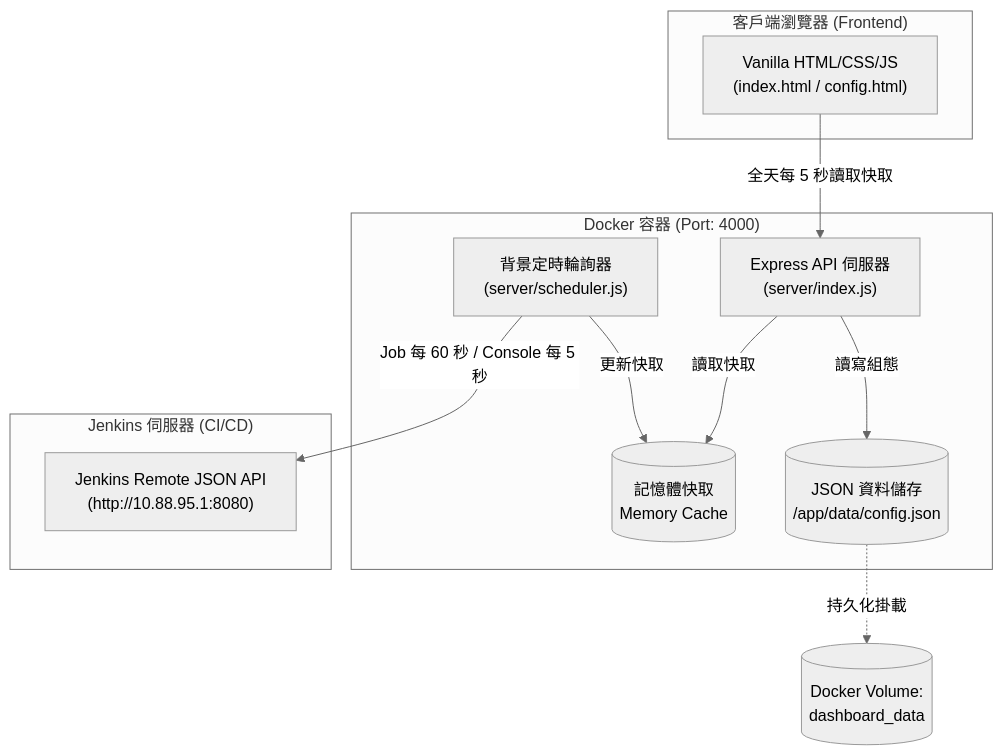
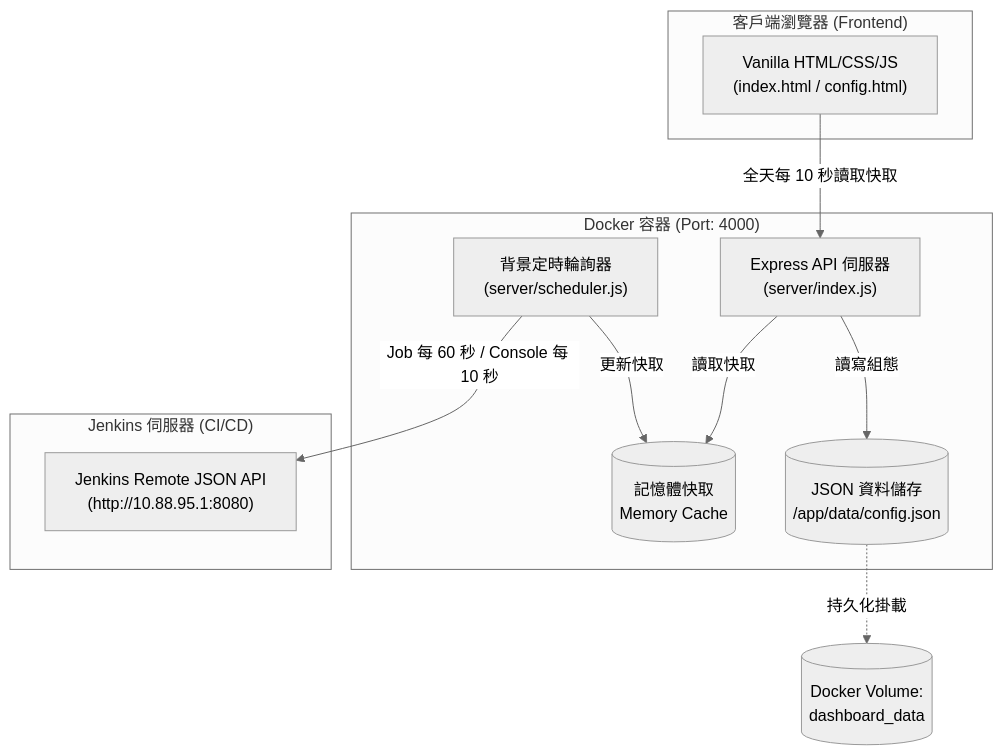
The diagram in README.md (hsinchi-yen/TestFarmDashBoard), drawn with Mermaid (neutral theme) before and after one commit. The commit also changed other lines of this file and 5 other files, not shown here.

````diff
--- a/README.md
+++ b/README.md
@@ -158,24 +158,24 @@
 ```mermaid
 flowchart TD
     subgraph Browser ["客戶端瀏覽器 (Frontend)"]
         UI["Vanilla HTML/CSS/JS\n(index.html / config.html)"]
     end
 
     subgraph Container ["Docker 容器 (Port: 4000)"]
         Server["Express API 伺服器\n(server/index.js)"]
         Scheduler["背景定時輪詢器\n(server/scheduler.js)"]
         MemCache[("記憶體快取\nMemory Cache")]
         Store[("JSON 資料儲存\n/app/data/config.json")]
     end
 
     subgraph JenkinsServer ["Jenkins 伺服器 (CI/CD)"]
         JenkinsAPI["Jenkins Remote JSON API\n(http://10.88.95.1:8080)"]
     end
 
-    UI -->|全天每 5 秒讀取快取| Server
+    UI -->|全天每 10 秒讀取快取| Server
     Server -->|讀取快取| MemCache
     Server -->|讀寫組態| Store
-    Scheduler -->|Job 每 60 秒 / Console 每 5 秒| JenkinsAPI
+    Scheduler -->|Job 每 60 秒 / Console 每 10 秒| JenkinsAPI
     Scheduler -->|更新快取| MemCache
     Store -.->|持久化掛載| DockerVolume[(Docker Volume:\ndashboard_data)]
 ```
````
